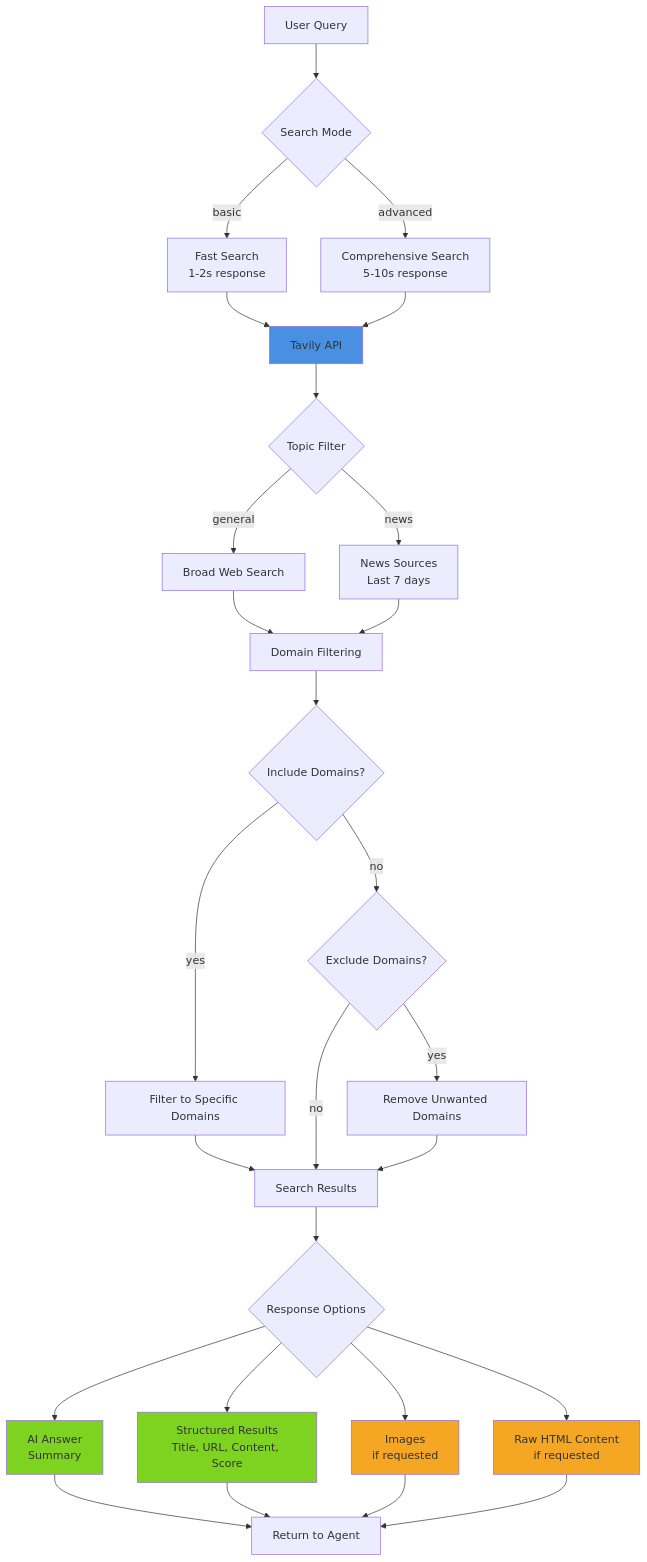
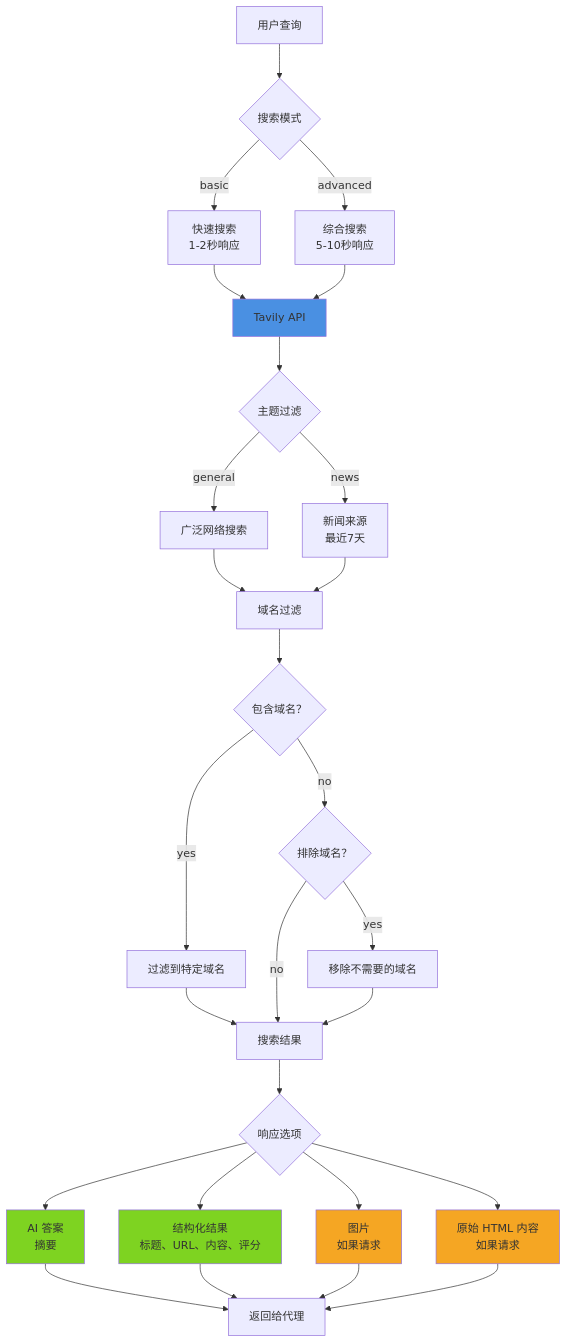
Before and after one commit to purpose168/moltbot-skills: the diagram in skills/bert-builder/tavily/SKILL.md, drawn with Mermaid. The commit also changed other lines of this file and 510 other files, not shown here.

````diff
--- a/skills/bert-builder/tavily/SKILL.md
+++ b/skills/bert-builder/tavily/SKILL.md
@@ -23,41 +23,41 @@
 ```mermaid
 graph TB
-    A[User Query] --> B{Search Mode}
-    B -->|basic| C[Fast Search<br/>1-2s response]
-    B -->|advanced| D[Comprehensive Search<br/>5-10s response]
+    A[用户查询] --> B{搜索模式}
+    B -->|basic| C[快速搜索<br/>1-2秒响应]
+    B -->|advanced| D[综合搜索<br/>5-10秒响应]
     
     C --> E[Tavily API]
     D --> E
     
-    E --> F{Topic Filter}
-    F -->|general| G[Broad Web Search]
-    F -->|news| H[News Sources<br/>Last 7 days]
+    E --> F{主题过滤}
+    F -->|general| G[广泛网络搜索]
+    F -->|news| H[新闻来源<br/>最近7天]
     
-    G --> I[Domain Filtering]
+    G --> I[域名过滤]
     H --> I
     
-    I --> J{Include Domains?}
-    J -->|yes| K[Filter to Specific Domains]
-    J -->|no| L{Exclude Domains?}
-    K --> M[Search Results]
-    L -->|yes| N[Remove Unwanted Domains]
+    I --> J{包含域名？}
+    J -->|yes| K[过滤到特定域名]
+    J -->|no| L{排除域名？}
+    K --> M[搜索结果]
+    L -->|yes| N[移除不需要的域名]
     L -->|no| M
     N --> M
     
-    M --> O{Response Options}
-    O --> P[AI Answer<br/>Summary]
-    O --> Q[Structured Results<br/>Title, URL, Content, Score]
-    O --> R[Images<br/>if requested]
-    O --> S[Raw HTML Content<br/>if requested]
+    M --> O{响应选项}
+    O --> P[AI 答案<br/>摘要]
+    O --> Q[结构化结果<br/>标题、URL、内容、评分]
+    O --> R[图片<br/>如果请求]
+    O --> S[原始 HTML 内容<br/>如果请求]
     
-    P --> T[Return to Agent]
+    P --> T[返回给代理]
     Q --> T
     R --> T
     S --> T
     
     style E fill:#4A90E2
     style P fill:#7ED321
     style Q fill:#7ED321
     style R fill:#F5A623
     style S fill:#F5A623
 ```
````
